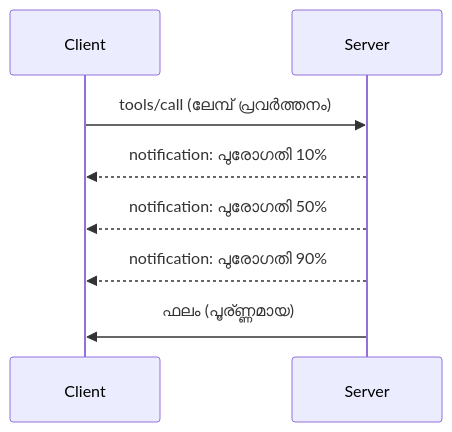
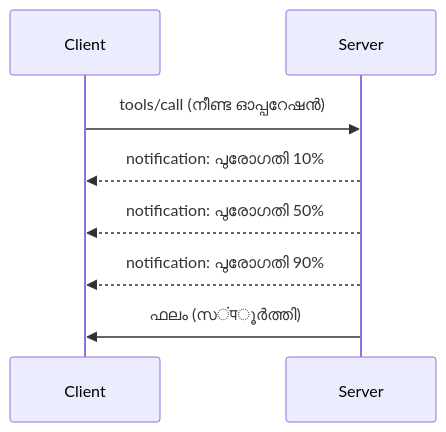
One commit to HIDORAKAI002/ai-workspace-archive changed the diagram in mcp_ecosystem__model_context_protocol/mcp_learning_resources/mcp-for-beginners/translations/ml/05-AdvancedTopics/mcp-protocol-features/README.md. Above: the diagram before and after it, drawn with Mermaid. The commit also changed other lines of this file and 1046 other files, not shown here.

````diff
--- a/mcp_ecosystem__model_context_protocol/mcp_learning_resources/mcp-for-beginners/translations/ml/05-AdvancedTopics/mcp-protocol-features/README.md
+++ b/mcp_ecosystem__model_context_protocol/mcp_learning_resources/mcp-for-beginners/translations/ml/05-AdvancedTopics/mcp-protocol-features/README.md
@@ -22,11 +24,11 @@
 ```mermaid
 sequenceDiagram
     participant Client
     participant Server
     
-    Client->>Server: tools/call (ലേമ്പ് പ്രവർത്തനം)
+    Client->>Server: tools/call (നീണ്ട ഓപ്പറേഷൻ)
     Server-->>Client: notification: പുരോഗതി 10%
     Server-->>Client: notification: പുരോഗതി 50%
     Server-->>Client: notification: പുരോഗതി 90%
-    Server->>Client: ഫലം (പൂര്ണ്ണമായ)
-```  
+    Server->>Client: ഫലം (സंपൂർത്തി)
+```
````
